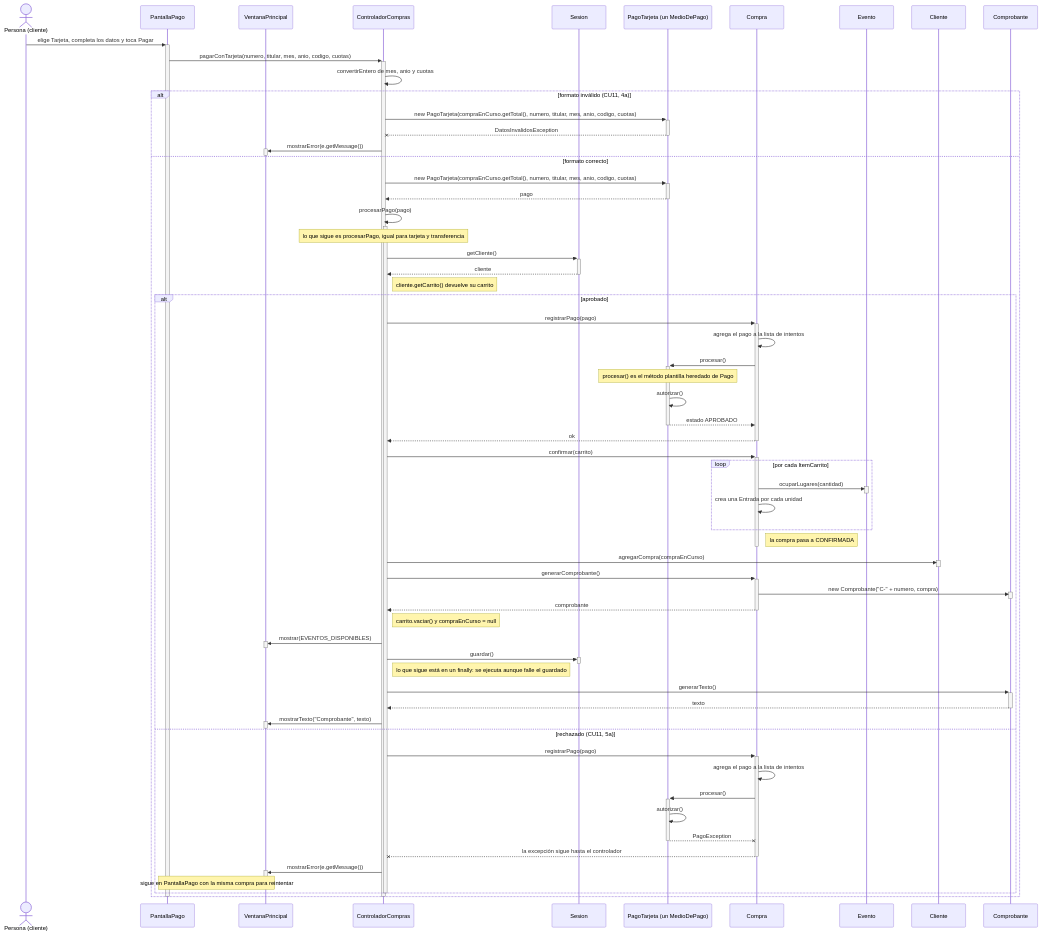
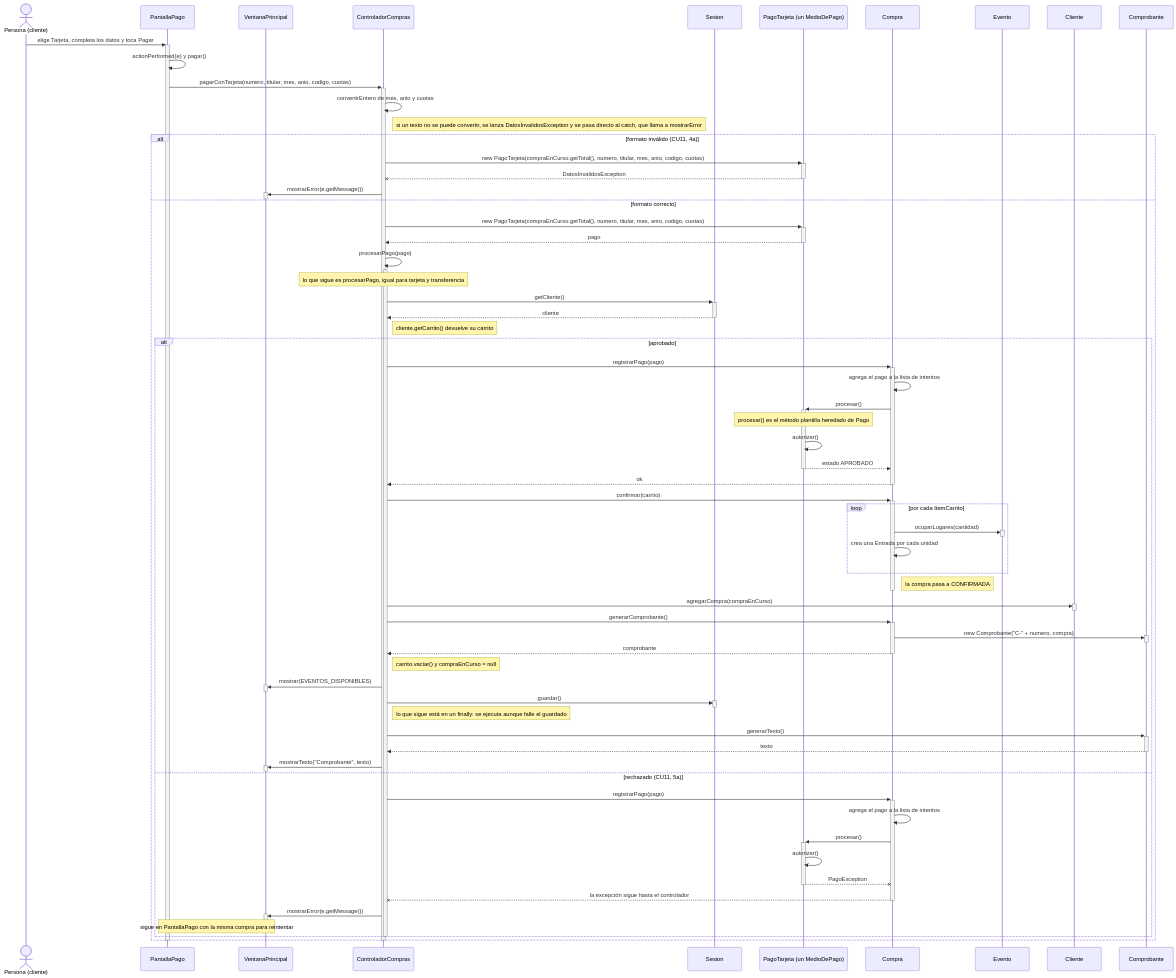
One commit to AgustinSimonenco/gestion-eventos-musicales changed the second of 3 diagrams in docs/diseno/secuencias/CU10-confirmar-compra.md. Above: the diagram before and after it, drawn with Mermaid. The commit also changed other lines of this file and 11 other files, not shown here.

First line of the commit message:
Diagramas: cruce completo con el codigo y correcciones

````diff
--- a/docs/diseno/secuencias/CU10-confirmar-compra.md
+++ b/docs/diseno/secuencias/CU10-confirmar-compra.md
@@ -72,77 +73,79 @@
 ```mermaid
 sequenceDiagram
     actor U as Persona (cliente)
     participant P as PantallaPago
     participant V as VentanaPrincipal
     participant C as ControladorCompras
     participant S as Sesion
     participant PT as PagoTarjeta (un MedioDePago)
     participant Co as Compra
     participant E as Evento
     participant Cl as Cliente
     participant Cb as Comprobante
 
     U->>+P: elige Tarjeta, completa los datos y toca Pagar
+    P->>P: actionPerformed(e) y pagar()
     P->>+C: pagarConTarjeta(numero, titular, mes, anio, codigo, cuotas)
     C->>C: convertirEntero de mes, anio y cuotas
+    Note right of C: si un texto no se puede convertir, se lanza DatosInvalidosException y se pasa directo al catch, que llama a mostrarError
     alt formato inválido (CU11, 4a)
         C->>+PT: new PagoTarjeta(compraEnCurso.getTotal(), numero, titular, mes, anio, codigo, cuotas)
         PT--x-C: DatosInvalidosException
         C->>+V: mostrarError(e.getMessage())
         deactivate V
     else formato correcto
         C->>+PT: new PagoTarjeta(compraEnCurso.getTotal(), numero, titular, mes, anio, codigo, cuotas)
         PT-->>-C: pago
         C->>+C: procesarPago(pago)
         Note over C: lo que sigue es procesarPago, igual para tarjeta y transferencia
         C->>+S: getCliente()
         S-->>-C: cliente
         Note right of C: cliente.getCarrito() devuelve su carrito
         alt aprobado
             C->>+Co: registrarPago(pago)
             Co->>Co: agrega el pago a la lista de intentos
             Co->>+PT: procesar()
             Note over PT: procesar() es el método plantilla heredado de Pago
             PT->>PT: autorizar()
             PT-->>-Co: estado APROBADO
             Co-->>-C: ok
             C->>+Co: confirmar(carrito)
             loop por cada ItemCarrito
                 Co->>+E: ocuparLugares(cantidad)
                 deactivate E
                 Co->>Co: crea una Entrada por cada unidad
             end
             Note right of Co: la compra pasa a CONFIRMADA
             deactivate Co
             C->>+Cl: agregarCompra(compraEnCurso)
             deactivate Cl
             C->>+Co: generarComprobante()
             Co->>+Cb: new Comprobante("C-" + numero, compra)
             deactivate Cb
             Co-->>-C: comprobante
             Note right of C: carrito.vaciar() y compraEnCurso = null
             C->>+V: mostrar(EVENTOS_DISPONIBLES)
             deactivate V
             C->>+S: guardar()
             deactivate S
             Note right of C: lo que sigue está en un finally: se ejecuta aunque falle el guardado
             C->>+Cb: generarTexto()
             Cb-->>-C: texto
             C->>+V: mostrarTexto("Comprobante", texto)
             deactivate V
         else rechazado (CU11, 5a)
             C->>+Co: registrarPago(pago)
             Co->>Co: agrega el pago a la lista de intentos
             Co->>+PT: procesar()
             PT->>PT: autorizar()
             PT--x-Co: PagoException
             Co--x-C: la excepción sigue hasta el controlador
             C->>+V: mostrarError(e.getMessage())
             deactivate V
             Note over P,V: sigue en PantallaPago con la misma compra para reintentar
         end
         deactivate C
     end
     deactivate C
     deactivate P
 ```
````
